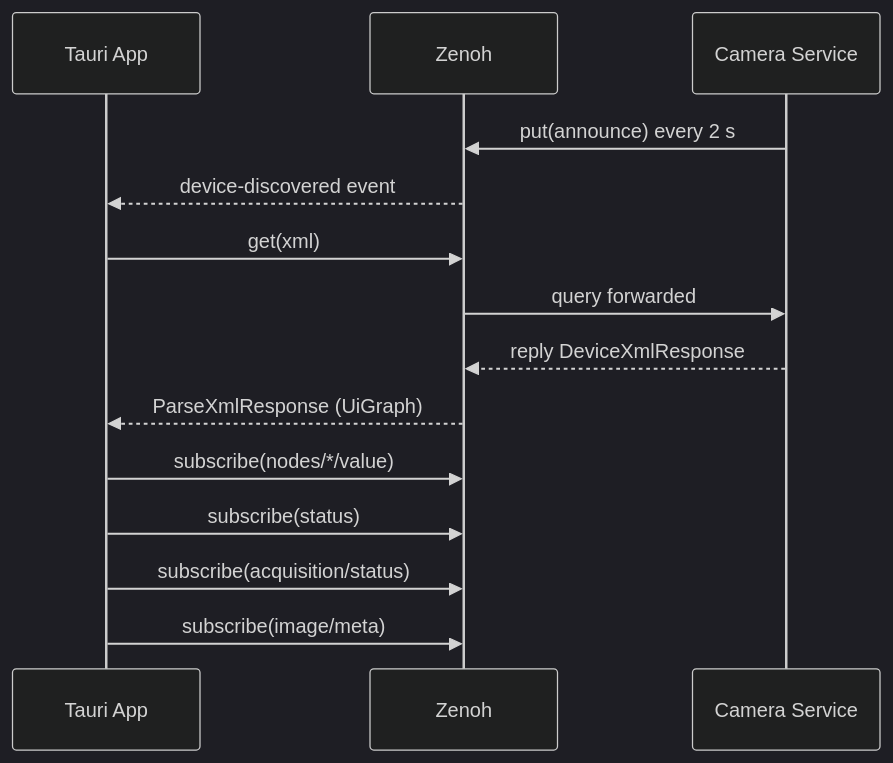
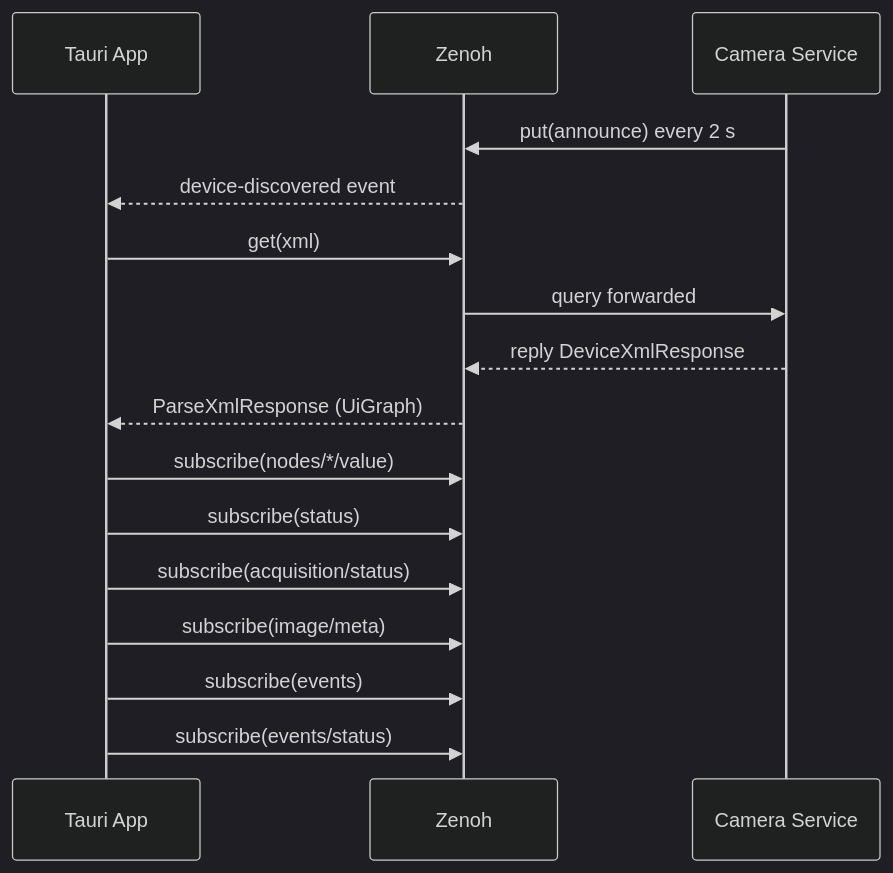
One commit to VitalyVorobyev/viva-genicam changed the first of 2 diagrams in docs/studio/zenoh-api.md. Above: the diagram before and after it, drawn with Mermaid (dark theme). The commit also changed other lines of this file and 46 other files, not shown here.

````diff
--- a/docs/studio/zenoh-api.md
+++ b/docs/studio/zenoh-api.md
@@ -510,17 +579,19 @@
 ```mermaid
 sequenceDiagram
     participant App as Tauri App
     participant Z as Zenoh
     participant Svc as Camera Service
 
     Svc->>Z: put(announce) every 2 s
     Z-->>App: device-discovered event
     App->>Z: get(xml)
     Z->>Svc: query forwarded
     Svc-->>Z: reply DeviceXmlResponse
     Z-->>App: ParseXmlResponse (UiGraph)
     App->>Z: subscribe(nodes/*/value)
     App->>Z: subscribe(status)
     App->>Z: subscribe(acquisition/status)
     App->>Z: subscribe(image/meta)
+    App->>Z: subscribe(events)
+    App->>Z: subscribe(events/status)
 ```
````
